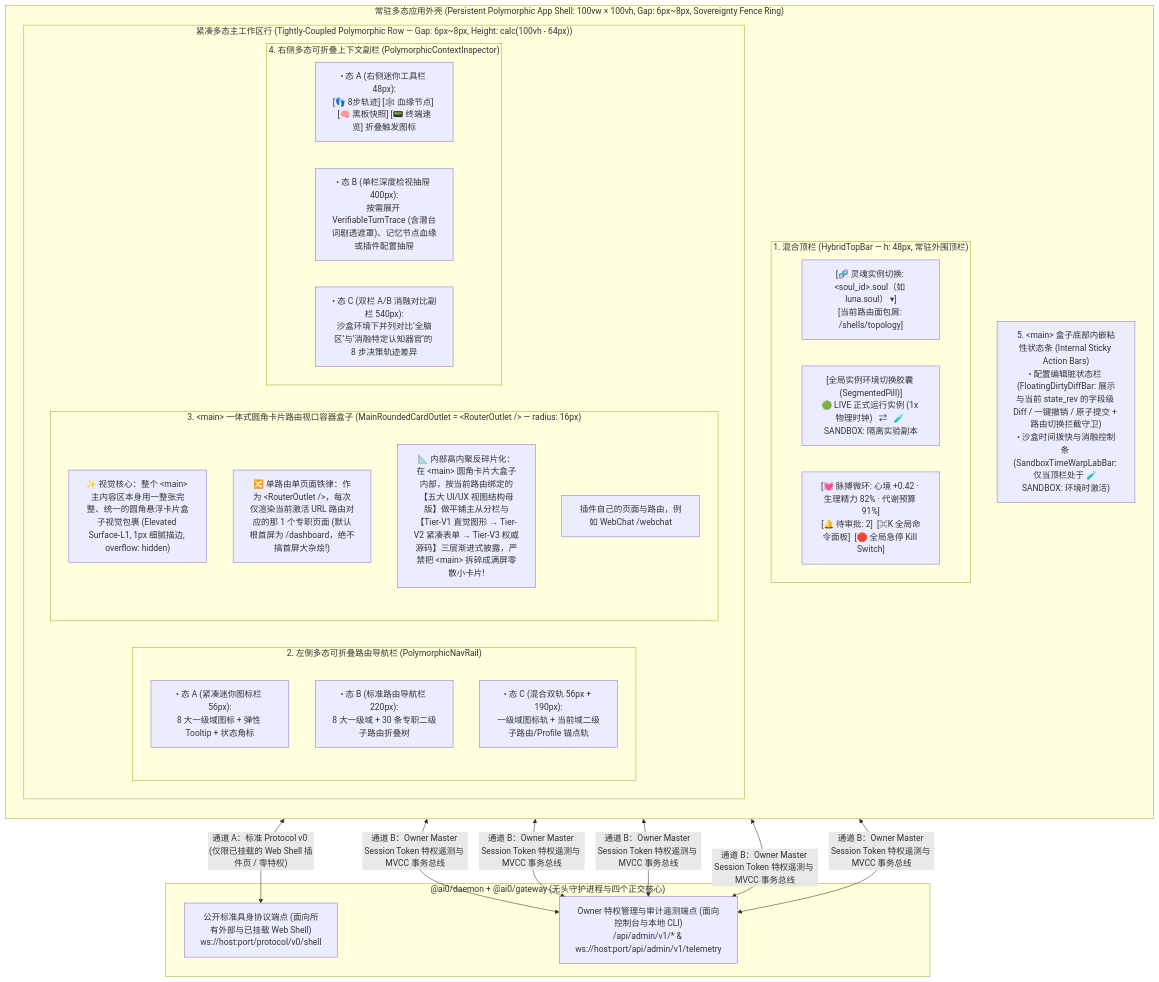
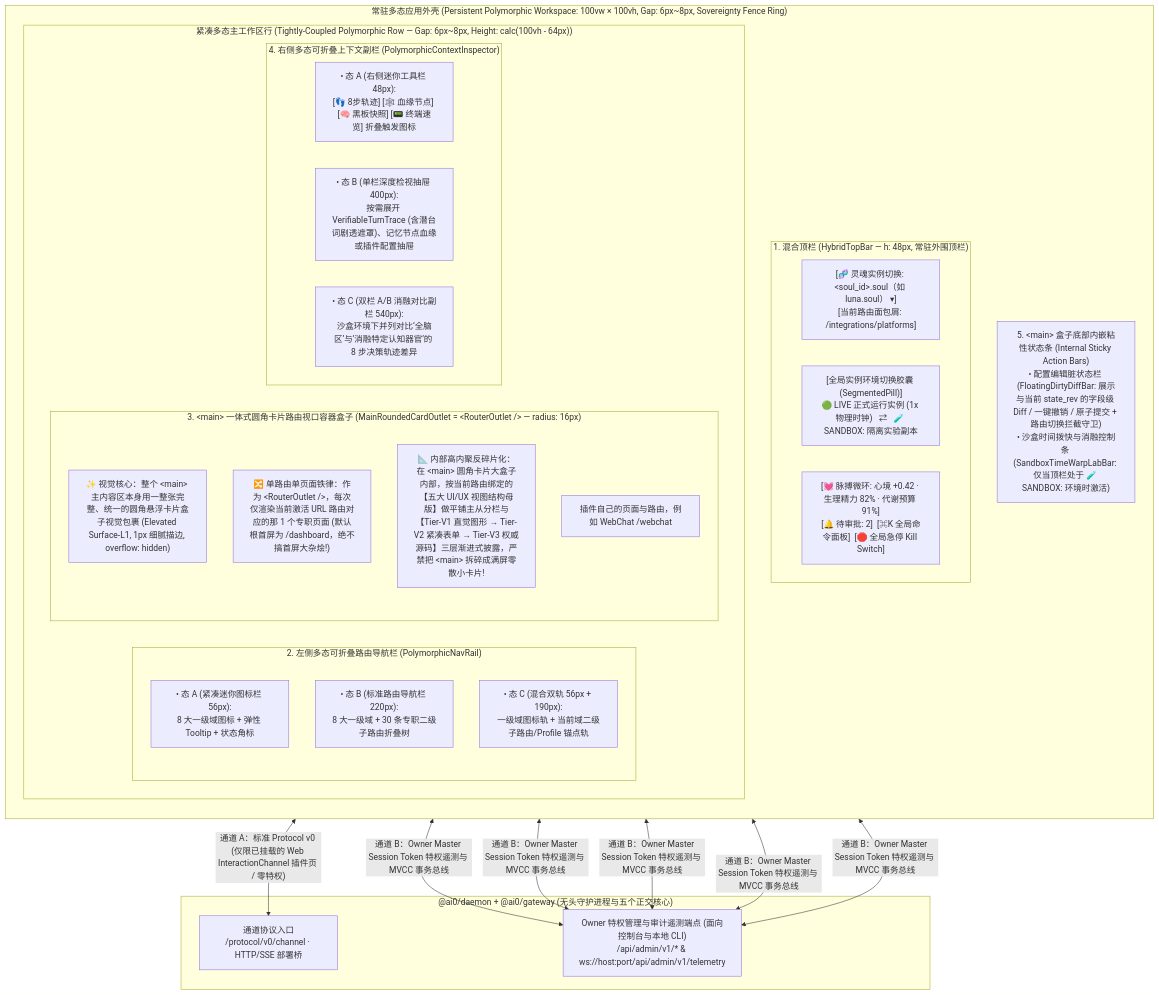
One commit to reina0721/ai0 changed the first of 2 diagrams in docs/architecture/06-webui-console-and-observability-arch.md. Above: the diagram before and after it, drawn with Mermaid. The commit also changed other lines of this file and 212 other files, not shown here.

````diff
--- a/docs/architecture/06-webui-console-and-observability-arch.md
+++ b/docs/architecture/06-webui-console-and-observability-arch.md
@@ -59,47 +59,47 @@
 ```mermaid
 flowchart TB
-    subgraph Viewport["常驻多态应用外壳 (Persistent Polymorphic App Shell: 100vw × 100vh, Gap: 6px~8px, Sovereignty Fence Ring)"]
+    subgraph Viewport["常驻多态应用外壳 (Persistent Polymorphic Workspace: 100vw × 100vh, Gap: 6px~8px, Sovereignty Fence Ring)"]
         direction TB
 
         subgraph TopBar["1. 混合顶栏 (HybridTopBar — h: 48px, 常驻外围顶栏)"]
             direction LR
-            T_Left["[🧬 灵魂实例切换: &lt;soul_id&gt;.soul（如 luna.soul） ▾]<br/>[当前路由面包屑: /shells/topology]"]
+            T_Left["[🧬 灵魂实例切换: &lt;soul_id&gt;.soul（如 luna.soul） ▾]<br/>[当前路由面包屑: /integrations/platforms]"]
             T_Center["[全局实例环境切换胶囊 (SegmentedPill)]<br/>🟢 LIVE 正式运行实例 (1x 物理时钟)   ⇄   🧪 SANDBOX:<fork_id> 隔离实验副本"]
             T_Right["[💓 脉搏微环: 心境 +0.42 · 生理精力 82% · 代谢预算 91%]<br/>[🔔 待审批: 2]  [⌘K 全局命令面板]  [🛑 全局急停 Kill Switch]"]
         end
 
         subgraph WorkspaceRow["紧凑多态主工作区行 (Tightly-Coupled Polymorphic Row — Gap: 6px~8px, Height: calc(100vh - 64px))"]
             direction LR
 
             subgraph LeftRail["2. 左侧多态可折叠路由导航栏 (PolymorphicNavRail)"]
                 L_StateA["• 态 A (紧凑迷你图标栏 56px):<br/>8 大一级域图标 + 弹性 Tooltip + 状态角标"]
                 L_StateB["• 态 B (标准路由导航栏 220px):<br/>8 大一级域 + 30 条专职二级子路由折叠树"]
                 L_StateC["• 态 C (混合双轨 56px + 190px):<br/>一级域图标轨 + 当前域二级子路由/Profile 锚点轨"]
             end
 
             subgraph MainCardOutlet["3. &lt;main&gt; 一体式圆角卡片路由视口容器盒子 (MainRoundedCardOutlet = &lt;RouterOutlet /&gt; — radius: 16px)"]
                 direction TB
                 M_Rule1["✨ 视觉核心：整个 &lt;main&gt; 主内容区本身用一整张完整、统一的圆角悬浮卡片盒子视觉包裹 (Elevated Surface-L1, 1px 细腻描边, overflow: hidden)"]
                 M_Rule2["🔀 单路由单页面铁律：作为 &lt;RouterOutlet /&gt;，每次仅渲染当前激活 URL 路由对应的那 1 个专职页面 (默认根首屏为 /dashboard，绝不搞首屏大杂烩!)"]
                 M_Rule3["📐 内部高内聚反碎片化：在 &lt;main&gt; 圆角卡片大盒子内部，按当前路由绑定的【五大 UI/UX 视图结构母版】做平铺主从分栏与【Tier-V1 直觉图形 → Tier-V2 紧凑表单 → Tier-V3 权威源码】三层渐进式披露，严禁把 &lt;main&gt; 拆碎成满屏零散小卡片!"]
                 M_Rule4["插件自己的页面与路由，例如 WebChat /webchat"]
             end
 
             subgraph RightRail["4. 右侧多态可折叠上下文副栏 (PolymorphicContextInspector)"]
                 R_StateA["• 态 A (右侧迷你工具栏 48px):<br/>[👣 8步轨迹] [🕸️ 血缘节点] [🧠 黑板快照] [📟 终端速览] 折叠触发图标"]
                 R_StateB["• 态 B (单栏深度检视抽屉 400px):<br/>按需展开 VerifiableTurnTrace (含潜台词剧透遮罩)、记忆节点血缘或插件配置抽屉"]
                 R_StateC["• 态 C (双栏 A/B 消融对比副栏 540px):<br/>沙盒环境下并列对比‘全脑区’与‘消融特定认知器官’的 8 步决策轨迹差异"]
             end
         end
 
         BottomOverlay["5. &lt;main&gt; 盒子底部内嵌粘性状态条 (Internal Sticky Action Bars)<br/>• 配置编辑脏状态栏 (FloatingDirtyDiffBar: 展示与当前 state_rev 的字段级 Diff / 一键撤销 / 原子提交 + 路由切换拦截守卫)<br/>• 沙盒时间拨快与消融控制条 (SandboxTimeWarpLabBar: 仅当顶栏处于 🧪 SANDBOX:<fork_id> 环境时激活)"]
     end
 
-    subgraph Backend["@ai0/daemon + @ai0/gateway (无头守护进程与四个正交核心)"]
-        PublicWS["公开标准具身协议端点 (面向所有外部与已挂载 Web Shell)<br/>ws://host:port/protocol/v0/shell"]
+    subgraph Backend["@ai0/daemon + @ai0/gateway (无头守护进程与五个正交核心)"]
+        PublicWS["通道协议入口<br/>/protocol/v0/channel · HTTP/SSE 部署桥"]
         AdminBus["Owner 特权管理与审计遥测端点 (面向控制台与本地 CLI)<br/>/api/admin/v1/* & ws://host:port/api/admin/v1/telemetry"]
     end
 
-    M_Rule4 <-->|"通道 A：标准 Protocol v0 (仅限已挂载的 Web Shell 插件页 / 零特权)"| PublicWS
+    M_Rule4 <-->|"通道 A：标准 Protocol v0 (仅限已挂载的 Web InteractionChannel 插件页 / 零特权)"| PublicWS
     TopBar & LeftRail & MainCardOutlet & RightRail & BottomOverlay <-->|"通道 B：Owner Master Session Token 特权遥测与 MVCC 事务总线"| AdminBus
 ```
````
